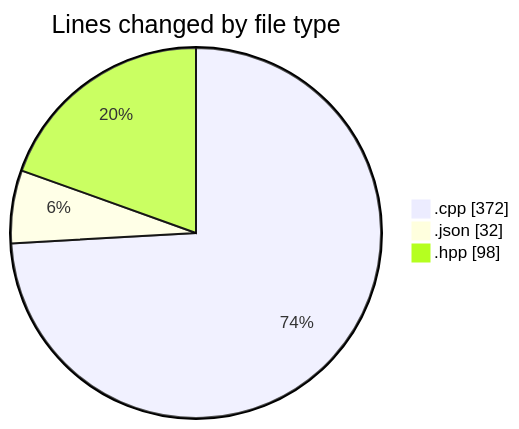
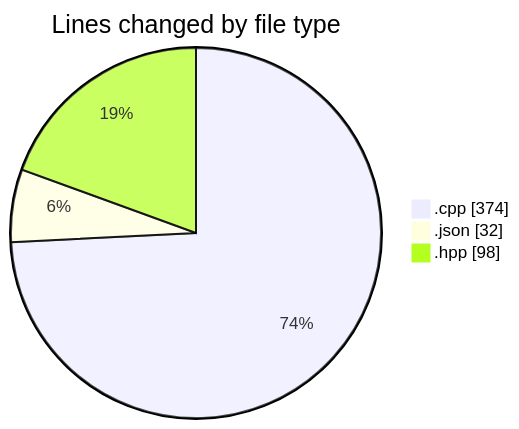
The first of 2 diagrams in 2025-04-23/echo/README.md (Netris89/code-tracking), drawn with Mermaid before and after one commit. The commit also changed other lines of this file and 1 other file, not shown here.

````diff
--- a/2025-04-23/echo/README.md
+++ b/2025-04-23/echo/README.md
@@ -22,7 +22,7 @@
 ```mermaid
 pie showData
 title Lines changed by file type
-".cpp" : 372
+".cpp" : 374
 ".json" : 32
 ".hpp" : 98
 ```
````
